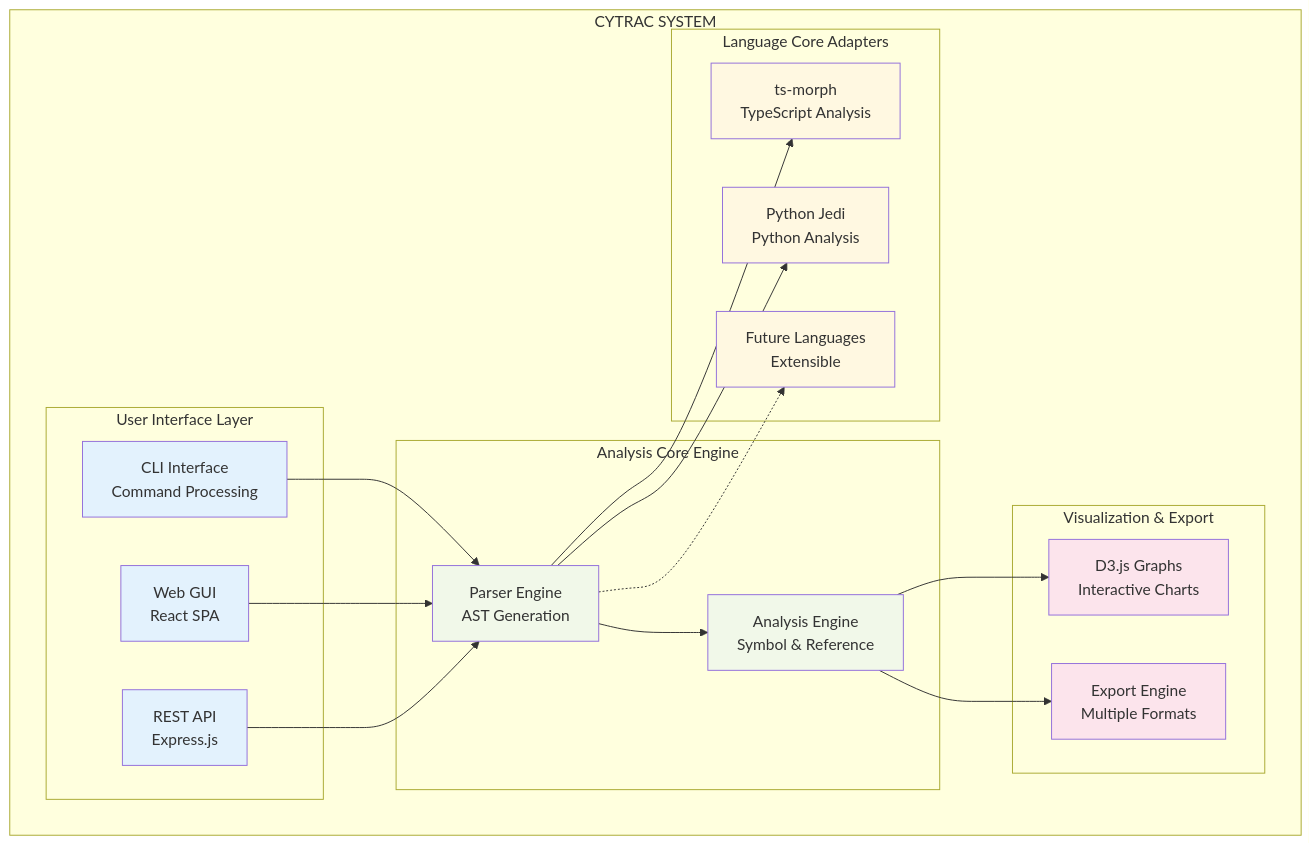
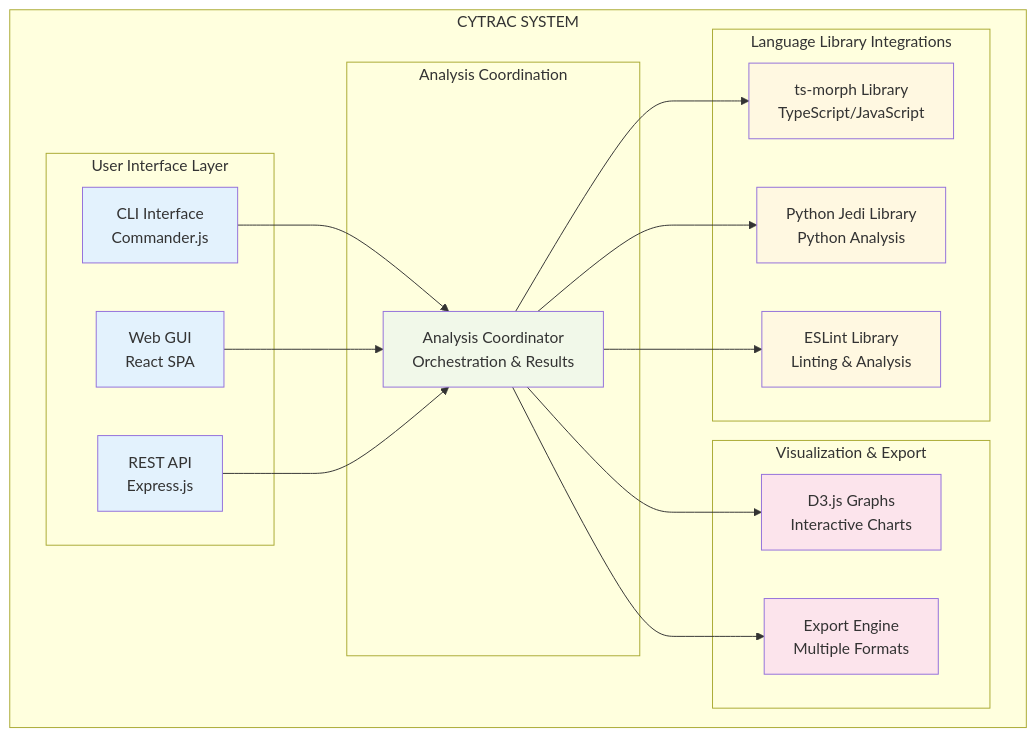
The second of 5 diagrams in docs/SAD.md (louipr/cytrac), drawn with Mermaid before and after one commit. The commit also changed other lines of this file, not shown here.

````diff
--- a/docs/SAD.md
+++ b/docs/SAD.md
@@ -192,51 +194,47 @@
 ```mermaid
 graph TB
     subgraph "CYTRAC SYSTEM"
         subgraph "User Interface Layer"
-            CLI[CLI Interface<br/>Command Processing]
+            CLI[CLI Interface<br/>Commander.js]
             GUI[Web GUI<br/>React SPA]
             API[REST API<br/>Express.js]
         end
         
-        subgraph "Analysis Core Engine"
-            PARSER[Parser Engine<br/>AST Generation]
-            ANALYZER[Analysis Engine<br/>Symbol & Reference]
+        subgraph "Analysis Coordination"
+            COORD[Analysis Coordinator<br/>Orchestration & Results]
         end
         
         subgraph "Visualization & Export"
             D3[D3.js Graphs<br/>Interactive Charts]
             EXPORT[Export Engine<br/>Multiple Formats]
         end
         
-        subgraph "Language Core Adapters"
-            TSMORPH[ts-morph<br/>TypeScript Analysis]
-            JEDI[Python Jedi<br/>Python Analysis]
-            FUTURE[Future Languages<br/>Extensible]
+        subgraph "Language Library Integrations"
+            TSMORPH[ts-morph Library<br/>TypeScript/JavaScript]
+            JEDI[Python Jedi Library<br/>Python Analysis]
+            ESLINT[ESLint Library<br/>Linting & Analysis]
         end
     end
     
     %% Interface connections
-    CLI --> PARSER
-    GUI --> PARSER
-    API --> PARSER
+    CLI --> COORD
+    GUI --> COORD
+    API --> COORD
     
     %% Core processing flow
-    PARSER --> ANALYZER
-    ANALYZER --> D3
-    ANALYZER --> EXPORT
-    
-    %% Language adapter connections
-    PARSER --> TSMORPH
-    PARSER --> JEDI
-    PARSER -.-> FUTURE
+    COORD --> TSMORPH
+    COORD --> JEDI
+    COORD --> ESLINT
+    COORD --> D3
+    COORD --> EXPORT
     
     classDef interface fill:#e3f2fd
-    classDef core fill:#f1f8e9
+    classDef coord fill:#f1f8e9
     classDef viz fill:#fce4ec
     classDef lang fill:#fff8e1
     
     class CLI,GUI,API interface
-    class PARSER,ANALYZER core
+    class COORD coord
     class D3,EXPORT viz
-    class TSMORPH,JEDI,FUTURE lang
+    class TSMORPH,JEDI,ESLINT lang
 ```
````
